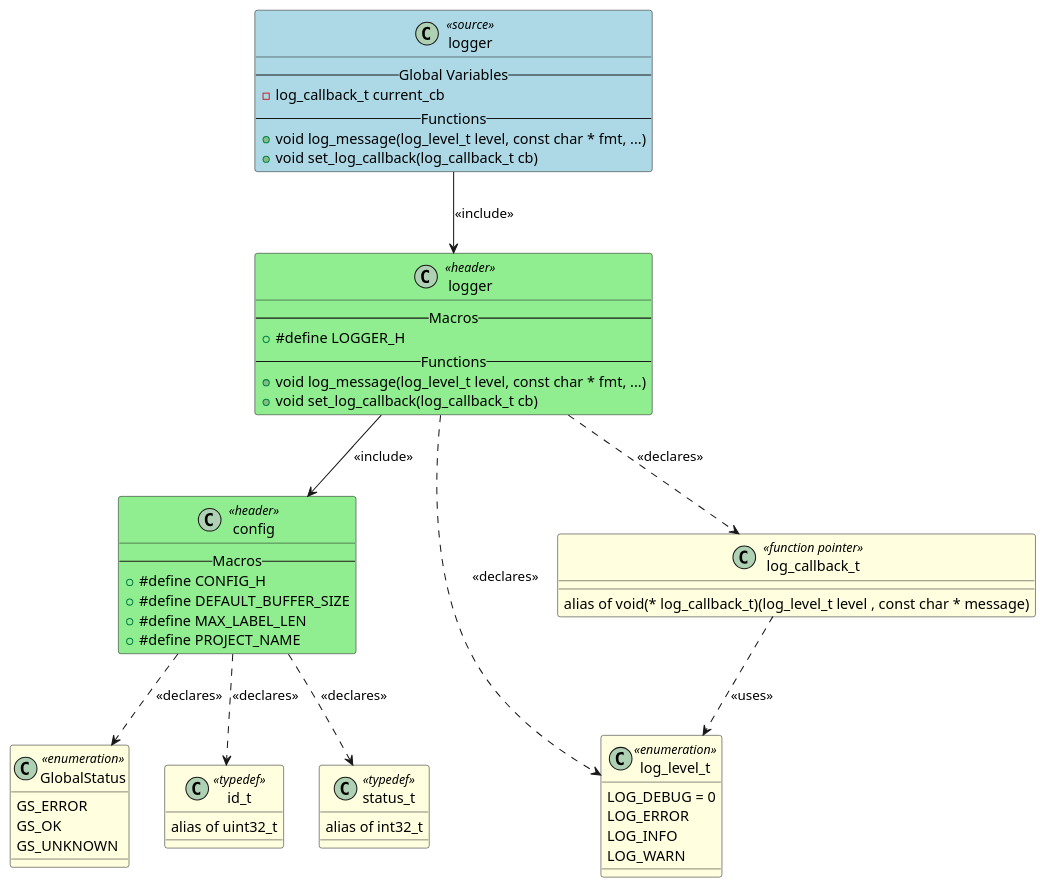
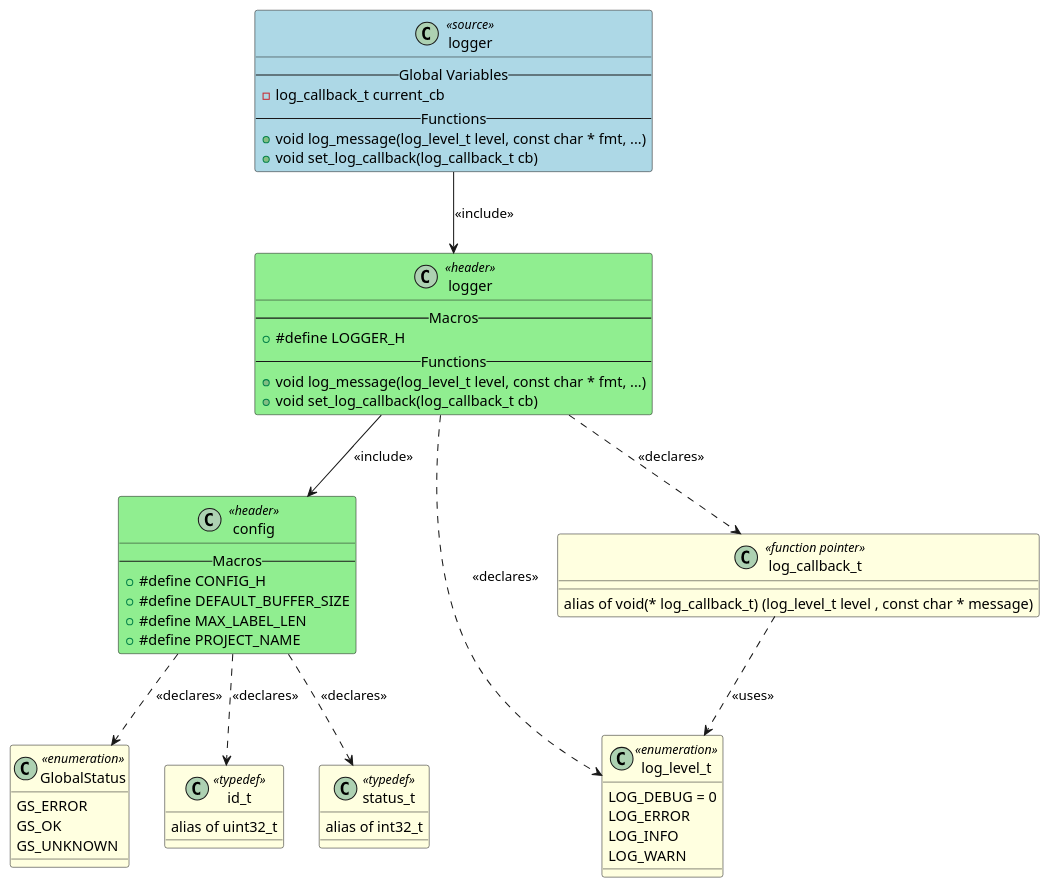
The diagram in artifacts/output_example/logger.puml (fischerjooo/c2puml), drawn with PlantUML before and after one commit. The commit also changed 22 other files, not shown here.

Commit message:
Improve function pointer formatting and spacing in PlantUML generation

```diff
--- a/artifacts/output_example/logger.puml
+++ b/artifacts/output_example/logger.puml
@@ -1,75 +1,75 @@
 @startuml logger
 
 class "logger" as LOGGER <<source>> #LightBlue
 {
     -- Global Variables --
     - log_callback_t current_cb
     -- Functions --
     + void log_message(log_level_t level, const char * fmt, ...)
     + void set_log_callback(log_callback_t cb)
 }
 
 class "config" as HEADER_CONFIG <<header>> #LightGreen
 {
     -- Macros --
     + #define CONFIG_H
     + #define DEFAULT_BUFFER_SIZE
     + #define MAX_LABEL_LEN
     + #define PROJECT_NAME
 }
 
 class "logger" as HEADER_LOGGER <<header>> #LightGreen
 {
     -- Macros --
     + #define LOGGER_H
     -- Functions --
     + void log_message(log_level_t level, const char * fmt, ...)
     + void set_log_callback(log_callback_t cb)
 }
 
 class "GlobalStatus" as TYPEDEF_GLOBALSTATUS <<enumeration>> #LightYellow
 {
     GS_ERROR
     GS_OK
     GS_UNKNOWN
 }
 
 class "id_t" as TYPEDEF_ID_T <<typedef>> #LightYellow
 {
     alias of uint32_t
 }
 
 class "status_t" as TYPEDEF_STATUS_T <<typedef>> #LightYellow
 {
     alias of int32_t
 }
 
 class "log_level_t" as TYPEDEF_LOG_LEVEL_T <<enumeration>> #LightYellow
 {
     LOG_DEBUG = 0
     LOG_ERROR
     LOG_INFO
     LOG_WARN
 }
 
 class "log_callback_t" as TYPEDEF_LOG_CALLBACK_T <<function pointer>> #LightYellow
 {
-    alias of void(* log_callback_t)(log_level_t level , const char * message)
+    alias of void(* log_callback_t) (log_level_t level , const char * message)
 }
 
 
 ' Include relationships
 LOGGER --> HEADER_LOGGER : <<include>>
 HEADER_LOGGER --> HEADER_CONFIG : <<include>>
 
 ' Declaration relationships
 HEADER_CONFIG ..> TYPEDEF_GLOBALSTATUS : <<declares>>
 HEADER_CONFIG ..> TYPEDEF_ID_T : <<declares>>
 HEADER_CONFIG ..> TYPEDEF_STATUS_T : <<declares>>
 HEADER_LOGGER ..> TYPEDEF_LOG_LEVEL_T : <<declares>>
 HEADER_LOGGER ..> TYPEDEF_LOG_CALLBACK_T : <<declares>>
 
 ' Uses relationships
 TYPEDEF_LOG_CALLBACK_T ..> TYPEDEF_LOG_LEVEL_T : <<uses>>
 
 @enduml
```
